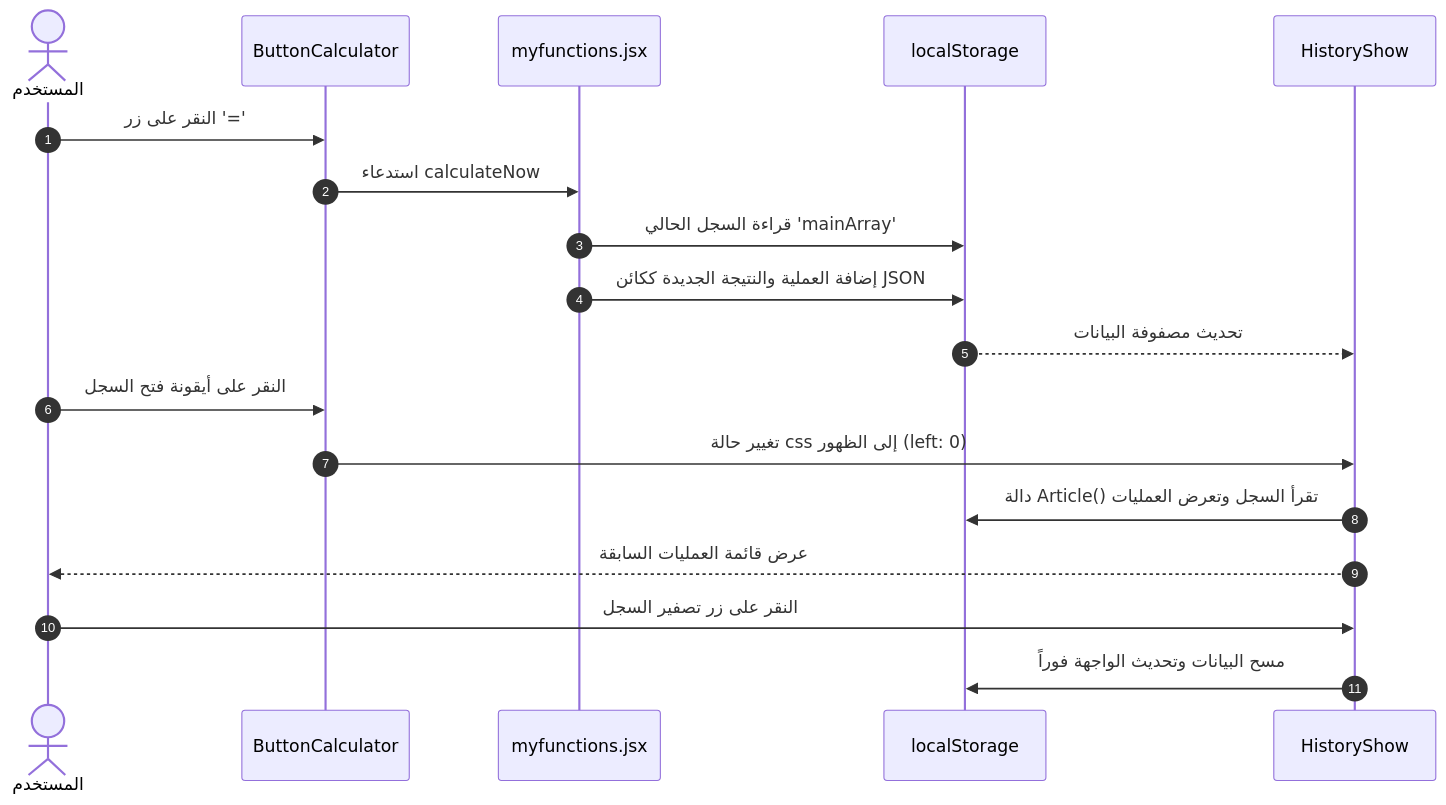
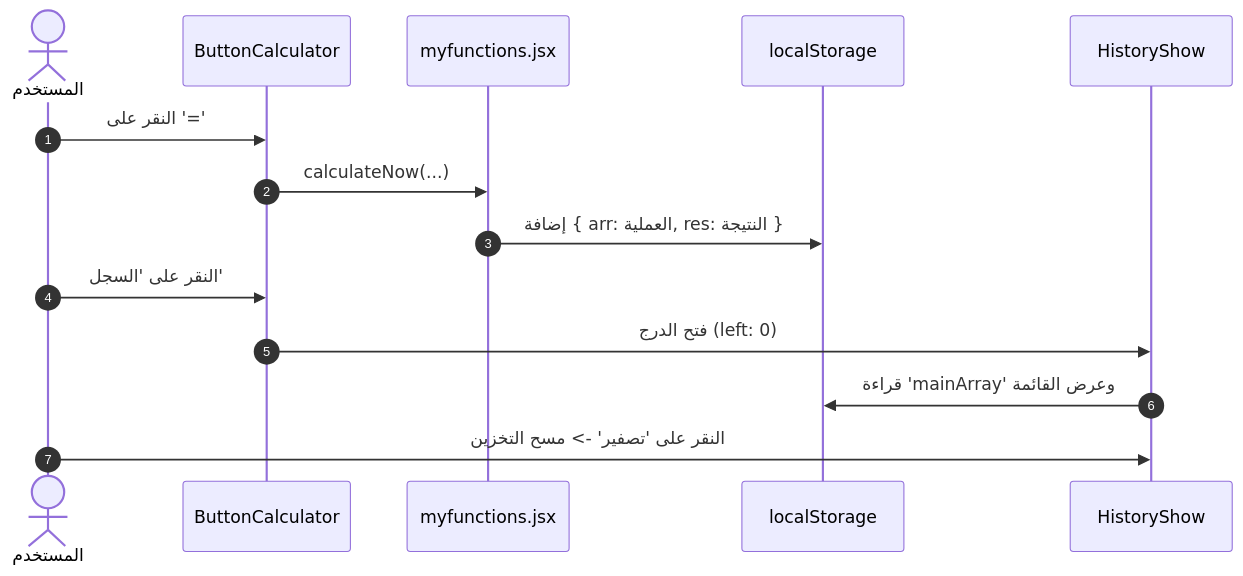
The third of 3 diagrams in README.ar.md (DragonXRX/calculator), drawn with Mermaid before and after one commit. The commit also changed other lines of this file and 1 other file, not shown here.

````diff
--- a/README.ar.md
+++ b/README.ar.md
@@ -172,21 +110,17 @@
 ```mermaid
 sequenceDiagram
     autonumber
     actor المستخدم
     participant لوحة_الأزرار as ButtonCalculator
-    participant المحرك_الرياضي as myfunctions.jsx
-    participant التخزين_المحلي as localStorage
+    participant المحرك as myfunctions.jsx
+    participant التخزين as localStorage
     participant درج_السجل as HistoryShow
 
-    المستخدم->>لوحة_الأزرار: النقر على زر '='
-    لوحة_الأزرار->>المحرك_الرياضي: استدعاء calculateNow
-    المحرك_الرياضي->>التخزين_المحلي: قراءة السجل الحالي 'mainArray'
-    المحرك_الرياضي->>التخزين_المحلي: إضافة العملية والنتيجة الجديدة ككائن JSON
-    التخزين_المحلي-->>درج_السجل: تحديث مصفوفة البيانات
-    المستخدم->>لوحة_الأزرار: النقر على أيقونة فتح السجل
-    لوحة_الأزرار->>درج_السجل: تغيير حالة css إلى الظهور (left: 0)
-    درج_السجل->>التخزين_المحلي: دالة Article() تقرأ السجل وتعرض العمليات
-    درج_السجل-->>المستخدم: عرض قائمة العمليات السابقة
-    المستخدم->>درج_السجل: النقر على زر تصفير السجل
-    درج_السجل->>التخزين_المحلي: مسح البيانات وتحديث الواجهة فوراً
+    المستخدم->>لوحة_الأزرار: النقر على '='
+    لوحة_الأزرار->>المحرك: calculateNow(...)
+    المحرك->>التخزين: إضافة { arr: العملية, res: النتيجة }
+    المستخدم->>لوحة_الأزرار: النقر على 'السجل'
+    لوحة_الأزرار->>درج_السجل: فتح الدرج (left: 0)
+    درج_السجل->>التخزين: قراءة 'mainArray' وعرض القائمة
+    المستخدم->>درج_السجل: النقر على 'تصفير' -> مسح التخزين
 ```
````
